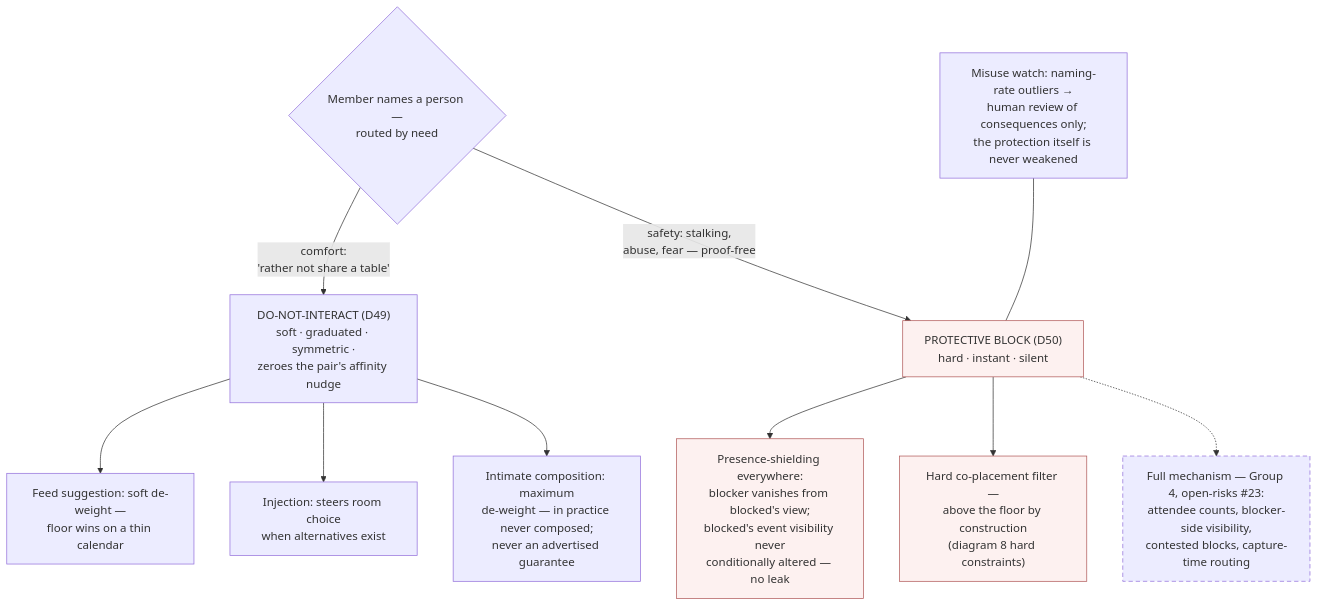
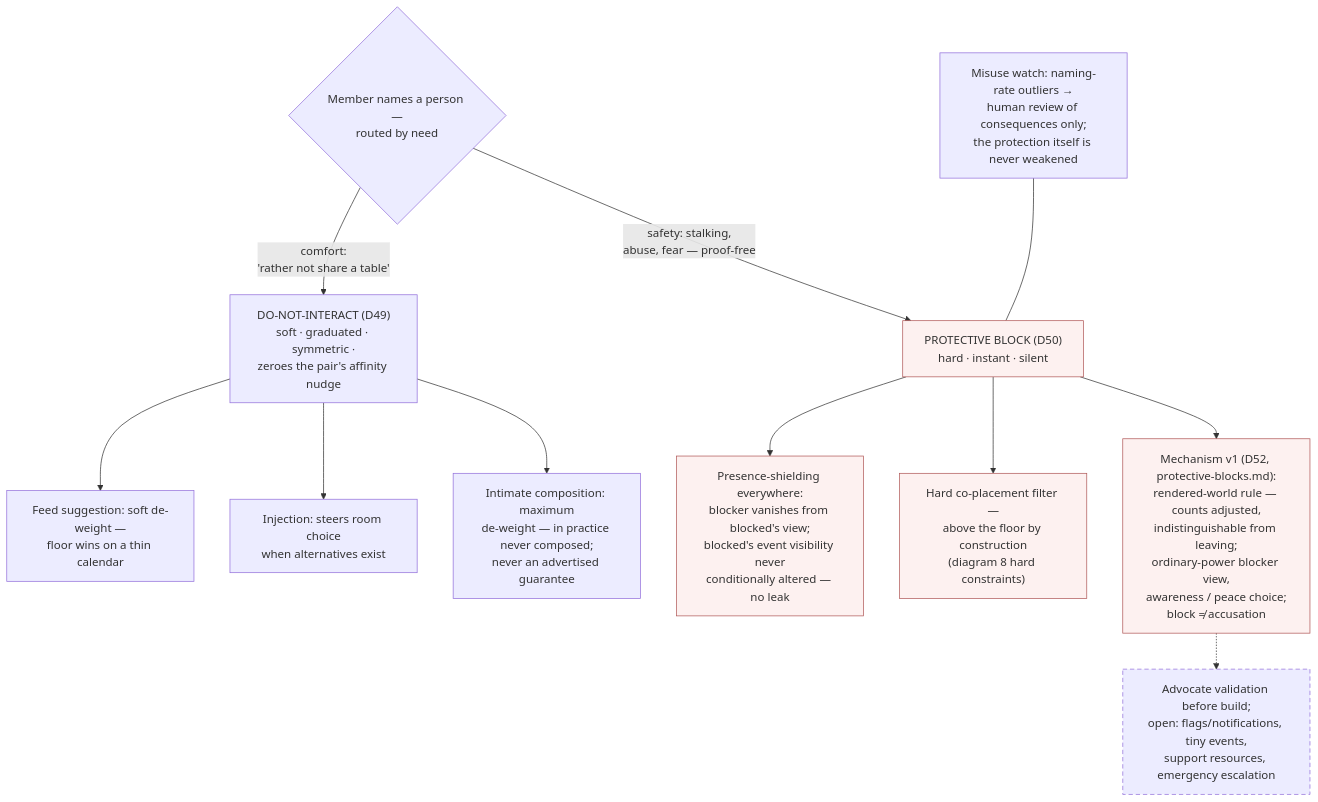
The tenth of 11 diagrams in docs/flows.md (majodali/in-real-life), drawn with Mermaid before and after one commit. The commit also changed other lines of this file and 9 other files, not shown here.

First line of the commit message:
Design the protective-block mechanism v1 (D52) - closes open-risks #23

````diff
--- a/docs/flows.md
+++ b/docs/flows.md
@@ -262,15 +262,16 @@
 ```mermaid
 flowchart TB
     classDef req fill:#fdf1f0,stroke:#b05959
     classDef tbd stroke-dasharray: 6 4
 
     NEED{"Member names a person —<br/>routed by need"} -->|"comfort:<br/>'rather not share a table'"| DNI["DO-NOT-INTERACT (D49)<br/>soft · graduated · symmetric ·<br/>zeroes the pair's affinity nudge"]
     NEED -->|"safety: stalking,<br/>abuse, fear — proof-free"| BLK["PROTECTIVE BLOCK (D50)<br/>hard · instant · silent"]:::req
     DNI --> G1["Feed suggestion: soft de-weight —<br/>floor wins on a thin calendar"]
     DNI --> G2["Injection: steers room choice<br/>when alternatives exist"]
     DNI --> G3["Intimate composition: maximum<br/>de-weight — in practice never composed;<br/>never an advertised guarantee"]
     BLK --> B1["Presence-shielding everywhere:<br/>blocker vanishes from blocked's view;<br/>blocked's event visibility never<br/>conditionally altered — no leak"]:::req
     BLK --> B2["Hard co-placement filter —<br/>above the floor by construction<br/>(diagram 8 hard constraints)"]:::req
-    BLK -.-> B3["Full mechanism — Group 4, open-risks #23:<br/>attendee counts, blocker-side visibility,<br/>contested blocks, capture-time routing"]:::tbd
+    BLK --> B3["Mechanism v1 (D52, protective-blocks.md):<br/>rendered-world rule — counts adjusted,<br/>indistinguishable from leaving;<br/>ordinary-power blocker view,<br/>awareness / peace choice;<br/>block ≠ accusation"]:::req
+    B3 -.-> B4["Advocate validation before build;<br/>open: flags/notifications, tiny events,<br/>support resources, emergency escalation"]:::tbd
     MIS["Misuse watch: naming-rate outliers →<br/>human review of consequences only;<br/>the protection itself is never weakened"] --- BLK
 ```
````
